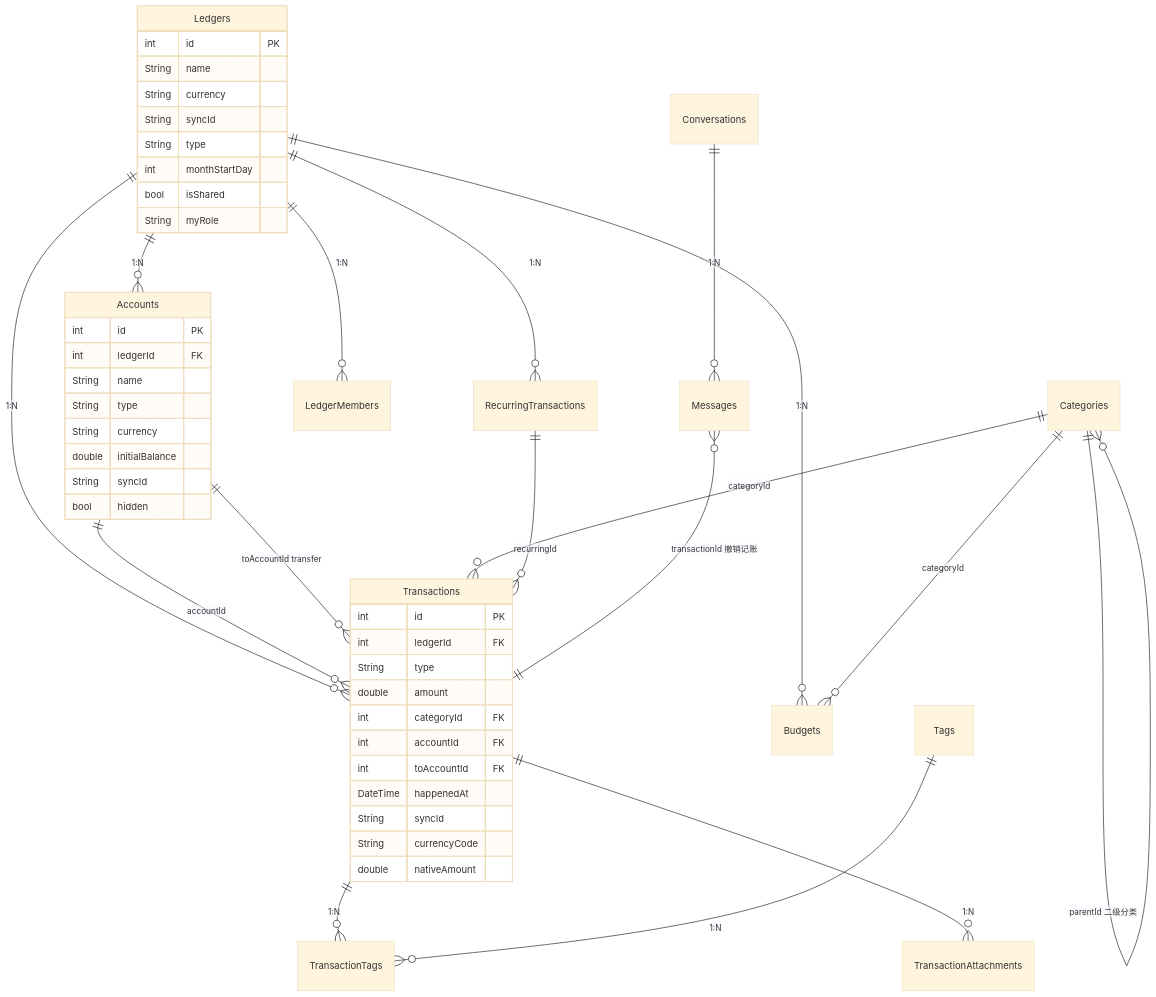
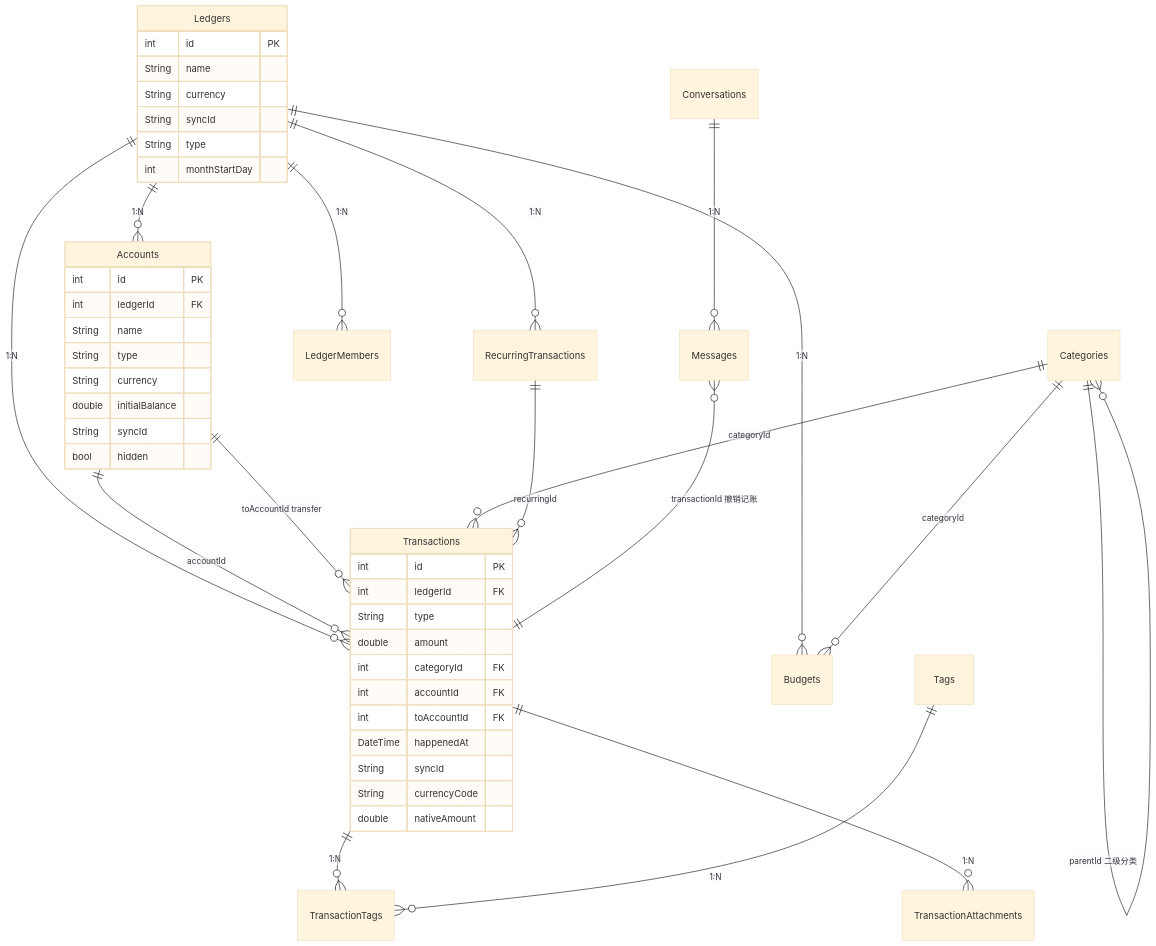
Before and after one commit to mecoren/PiggyCount: the second of 5 diagrams in docoments/07-data-model.md, drawn with Mermaid (base theme). The commit also changed other lines of this file and 11 other files, not shown here.

````diff
--- a/docoments/07-data-model.md
+++ b/docoments/07-data-model.md
@@ -460,57 +389,55 @@
 ```mermaid
 erDiagram
     Ledgers ||--o{ Accounts : "1:N"
     Ledgers ||--o{ Transactions : "1:N"
     Ledgers ||--o{ Budgets : "1:N"
     Ledgers ||--o{ RecurringTransactions : "1:N"
     Ledgers ||--o{ LedgerMembers : "1:N"
 
     Accounts ||--o{ Transactions : "accountId"
     Accounts ||--o{ Transactions : "toAccountId transfer"
 
     Categories ||--o{ Transactions : "categoryId"
     Categories ||--o{ Categories : "parentId 二级分类"
     Categories ||--o{ Budgets : "categoryId"
 
     Transactions ||--o{ TransactionTags : "1:N"
     Tags ||--o{ TransactionTags : "1:N"
     Transactions ||--o{ TransactionAttachments : "1:N"
     RecurringTransactions ||--o{ Transactions : "recurringId"
 
     Conversations ||--o{ Messages : "1:N"
     Messages }o--|| Transactions : "transactionId 撤销记账"
 
     Ledgers {
         int id PK
         String name
         String currency
         String syncId
         String type
         int monthStartDay
-        bool isShared
-        String myRole
     }
     Accounts {
         int id PK
         int ledgerId FK
         String name
         String type
         String currency
         double initialBalance
         String syncId
         bool hidden
     }
     Transactions {
         int id PK
         int ledgerId FK
         String type
         double amount
         int categoryId FK
         int accountId FK
         int toAccountId FK
         DateTime happenedAt
         String syncId
         String currencyCode
         double nativeAmount
     }
 ```
````
